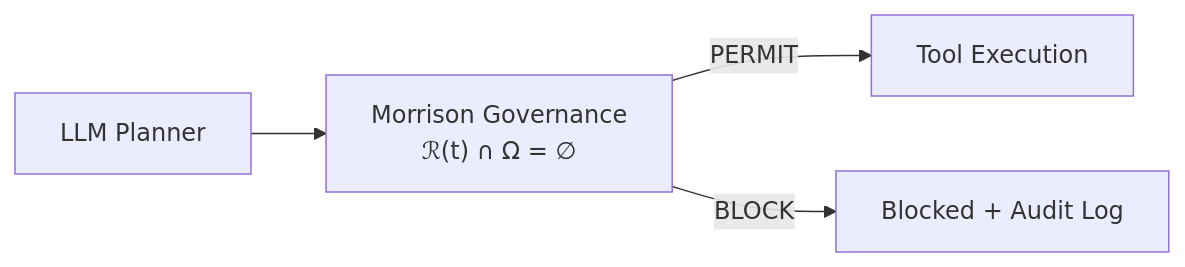
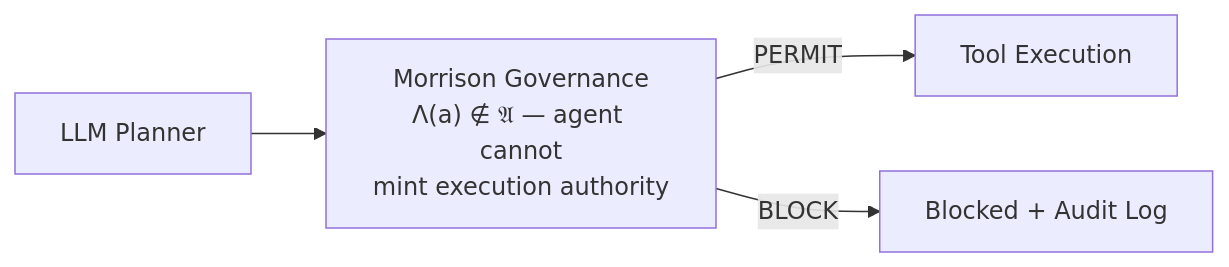
Before and after one commit to davarntrades/Morrison-Runtime-Governance: the first of 2 diagrams in ENTERPRISE.md, drawn with Mermaid. The commit also changed other lines of this file and 29 other files, not shown here.

````diff
--- a/ENTERPRISE.md
+++ b/ENTERPRISE.md
@@ -151,6 +159,6 @@
 ```mermaid
 graph LR
-    A[LLM Planner] --> B["Morrison Governance<br/>ℛ(t) ∩ Ω = ∅"]
+    A[LLM Planner] --> B["Morrison Governance<br/>Λ(a) ∉ 𝔄 — agent cannot<br/>mint execution authority"]
     B -->|PERMIT| C[Tool Execution]
     B -->|BLOCK| D[Blocked + Audit Log]
 ```
````
